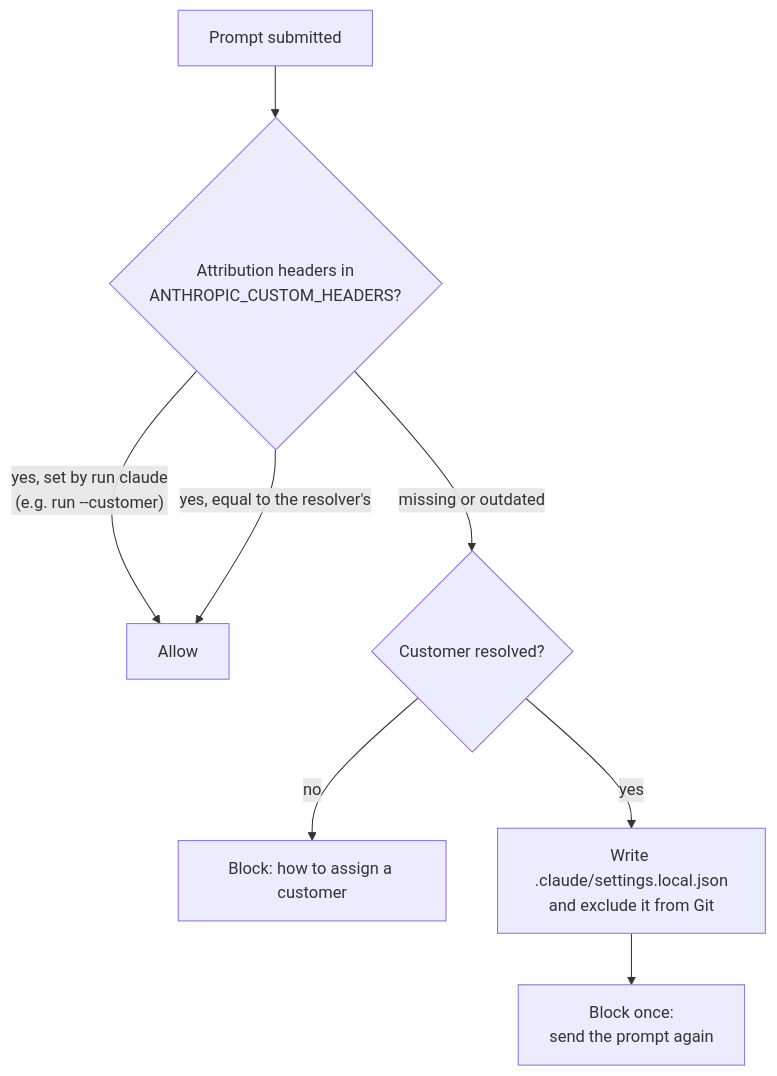
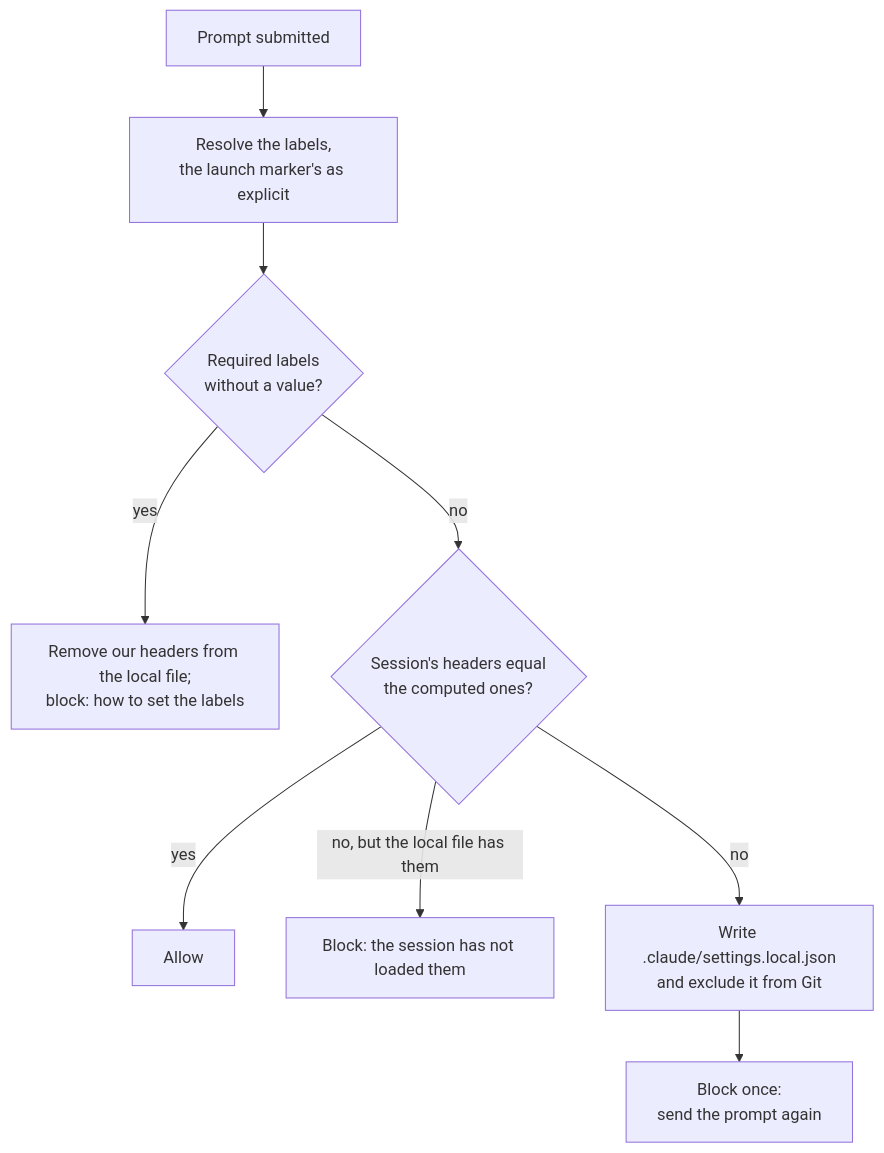
The second of 2 diagrams in docs/architecture.md (MarvinWeitz/llm-credential-mapping), drawn with Mermaid before and after one commit. The commit also changed other lines of this file and 64 other files, not shown here.

````diff
--- a/docs/architecture.md
+++ b/docs/architecture.md
@@ -358,9 +452,10 @@
 ```mermaid
 flowchart TD
-    A[Prompt submitted] --> B{Attribution headers in<br/>ANTHROPIC_CUSTOM_HEADERS?}
-    B -- "yes, set by run claude<br/>(e.g. run --customer)" --> OK[Allow]
-    B -- yes, equal to the resolver's --> OK
-    B -- missing or outdated --> C{Customer resolved?}
-    C -- no --> X[Block: how to assign a customer]
-    C -- yes --> D[Write .claude/settings.local.json<br/>and exclude it from Git] --> Y[Block once:<br/>send the prompt again]
+    A[Prompt submitted] --> B[Resolve the labels,<br/>the launch marker's as explicit]
+    B --> C{Required labels<br/>without a value?}
+    C -- yes --> X[Remove our headers from the local file;<br/>block: how to set the labels]
+    C -- no --> D{Session's headers equal<br/>the computed ones?}
+    D -- yes --> OK[Allow]
+    D -- "no, but the local file has them" --> N[Block: the session has not loaded them]
+    D -- no --> W[Write .claude/settings.local.json<br/>and exclude it from Git] --> Y[Block once:<br/>send the prompt again]
 ```
````
